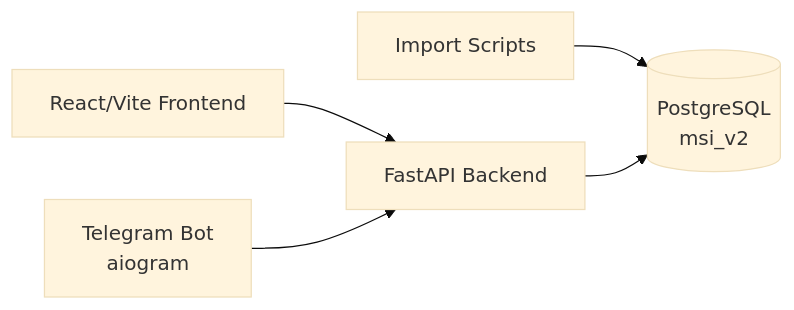
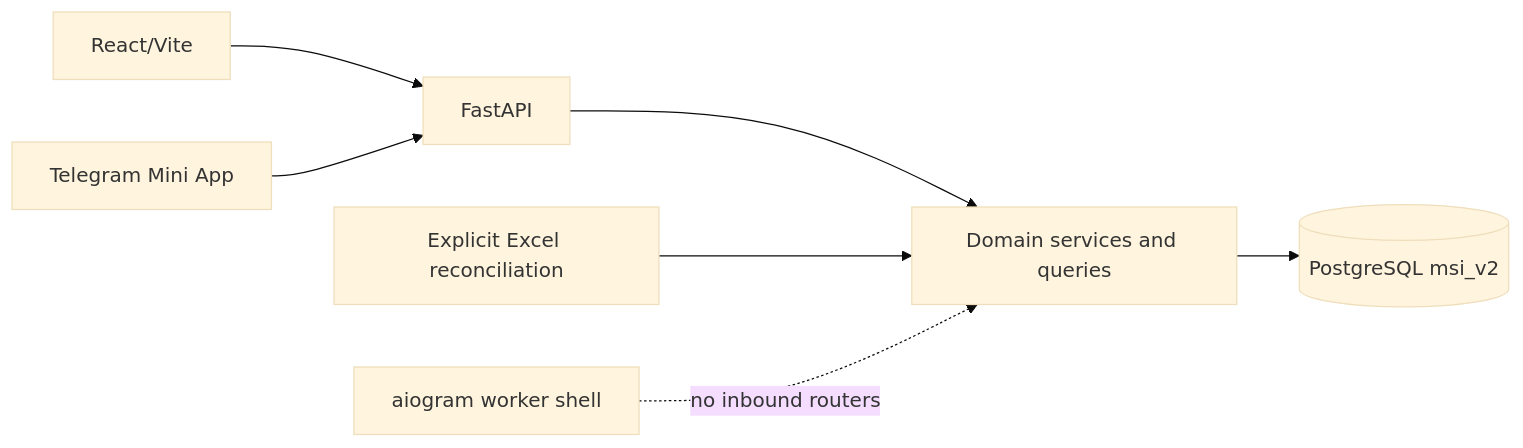
The diagram in docs/ENGINEERING_OVERVIEW.md (Khamid22/msischoolbot_v2), drawn with Mermaid (base theme) before and after one commit. The commit also changed other lines of this file and 433 other files, not shown here.

````diff
--- a/docs/ENGINEERING_OVERVIEW.md
+++ b/docs/ENGINEERING_OVERVIEW.md
@@ -39,13 +9,16 @@
 ```mermaid
 flowchart LR
-    React[React/Vite Frontend]
-    FastAPI[FastAPI Backend]
-    Bot[Telegram Bot<br/>aiogram]
-    Scripts[Import Scripts]
-    DB[(PostgreSQL<br/>msi_v2)]
+    React[React/Vite]
+    Telegram[Telegram Mini App]
+    FastAPI[FastAPI]
+    Domains[Domain services and queries]
+    DB[(PostgreSQL msi_v2)]
+    Import[Explicit Excel reconciliation]
+    Bot[aiogram worker shell]
 
     React --> FastAPI
-    Bot --> FastAPI
-    Scripts --> DB
-    FastAPI --> DB
+    Telegram --> FastAPI
+    FastAPI --> Domains --> DB
+    Import --> Domains
+    Bot -. no inbound routers .-> Domains
 ```
````
